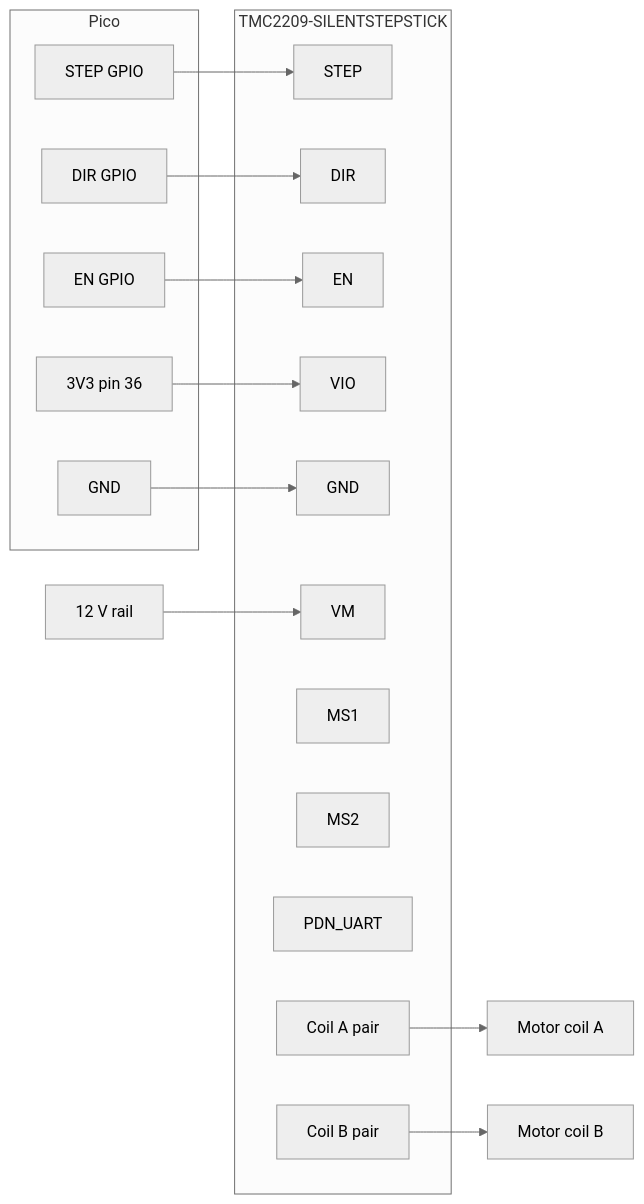
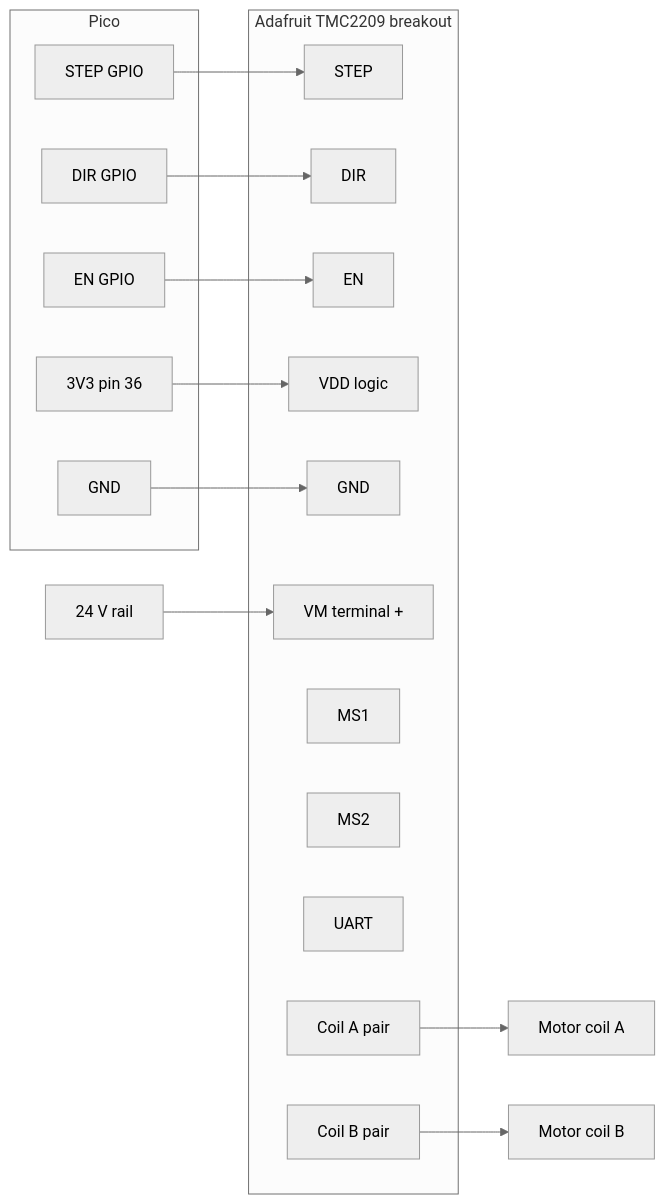
Before and after one commit to hess105/Super8FilmScanner: the third of 4 diagrams in docs/design/wiring.md, drawn with Mermaid (neutral theme). The commit also changed other lines of this file and 4 other files, not shown here.

````diff
--- a/docs/design/wiring.md
+++ b/docs/design/wiring.md
@@ -80,31 +82,31 @@
 ```mermaid
 flowchart LR
     subgraph Pico
         S[STEP GPIO]
         D[DIR GPIO]
         E[EN GPIO]
         V3[3V3 pin 36]
         G1[GND]
     end
-    subgraph TMC2209-SILENTSTEPSTICK
+    subgraph ADA[Adafruit TMC2209 breakout]
         STEP[STEP]
         DIR[DIR]
         EN[EN]
-        VIO[VIO]
+        VIO[VDD logic]
         GND[GND]
-        VM[VM]
+        VM[VM terminal +]
         MS1[MS1]
         MS2[MS2]
-        PDN[PDN_UART]
+        PDN[UART]
         COILA[Coil A pair]
         COILB[Coil B pair]
     end
     S --> STEP
     D --> DIR
     E --> EN
     V3 --> VIO
     G1 --> GND
-    V12[12 V rail] --> VM
+    V24[24 V rail] --> VM
     COILA --> MOTA[Motor coil A]
     COILB --> MOTB[Motor coil B]
 ```
````
